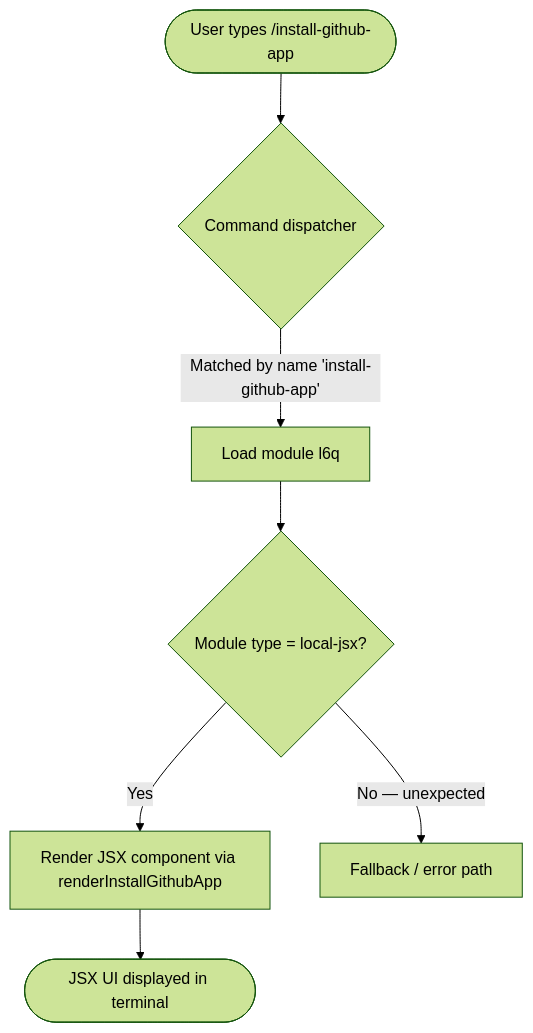
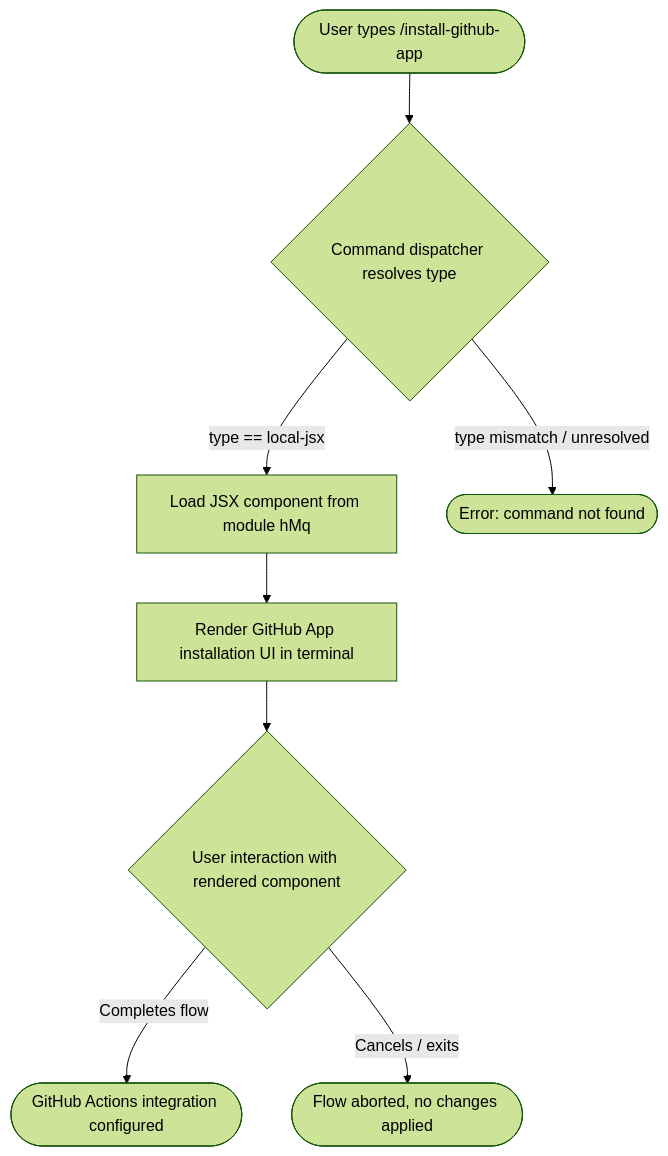
One commit to MyLittleLuckyDog/cc-gnothi changed the diagram in versions/v2.1.143/install-github-app.md. Above: the diagram before and after it, drawn with Mermaid (forest theme). The commit also changed other lines of this file and 87 other files, not shown here.

````diff
--- a/versions/v2.1.143/install-github-app.md
+++ b/versions/v2.1.143/install-github-app.md
@@ -47,9 +50,10 @@
 ```mermaid
 flowchart TD
-    A([User types /install-github-app]) --> B{Command dispatcher}
-    B -->|Matched by name 'install-github-app'| C[Load module l6q]
-    C --> D{Module type = local-jsx?}
-    D -->|Yes| E[Render JSX component via renderInstallGithubApp]
-    D -->|No — unexpected| F[Fallback / error path]
-    E --> G([JSX UI displayed in terminal])
+    A([User types /install-github-app]) --> B{Command dispatcher resolves type}
+    B -- type == local-jsx --> C[Load JSX component from module hMq]
+    B -- type mismatch / unresolved --> Z([Error: command not found])
+    C --> D[Render GitHub App installation UI in terminal]
+    D --> E{User interaction with rendered component}
+    E -- Completes flow --> F([GitHub Actions integration configured])
+    E -- Cancels / exits --> G([Flow aborted, no changes applied])
 ```
````
